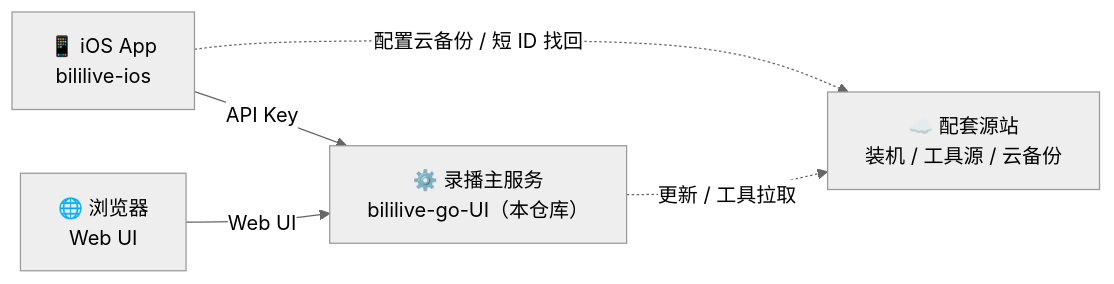
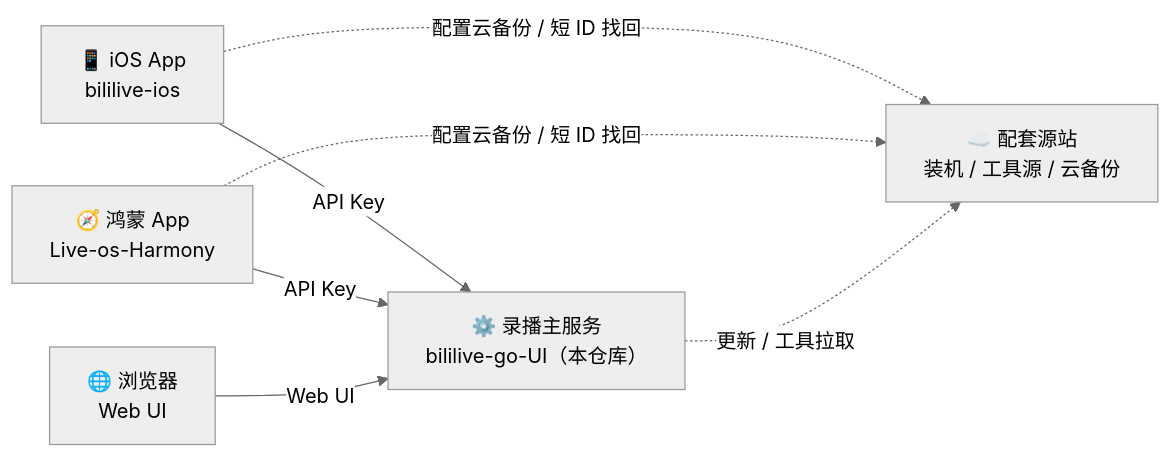
The diagram in README.md (xuyuanzhang1122/bililive-go-UI), drawn with Mermaid (neutral theme) before and after one commit. The commit also changed other lines of this file, not shown here.

Commit message:
docs: README 增加鸿蒙 App（Live-os-Harmony）章节与生态图，iOS 提法改为多端

````diff
--- a/README.md
+++ b/README.md
@@ -239,12 +261,15 @@
 ```mermaid
 graph LR
     iOS["📱 iOS App<br/>bililive-ios"]
+    HM["🧭 鸿蒙 App<br/>Live-os-Harmony"]
     Web["🌐 浏览器<br/>Web UI"]
     Core["⚙️ 录播主服务<br/>bililive-go-UI（本仓库）"]
     Src["☁️ 配套源站<br/>装机 / 工具源 / 云备份"]
 
     iOS -->|API Key| Core
+    HM -->|API Key| Core
     Web -->|Web UI| Core
     iOS -.->|配置云备份 / 短 ID 找回| Src
+    HM -.->|配置云备份 / 短 ID 找回| Src
     Core -.->|更新 / 工具拉取| Src
 ```
````
